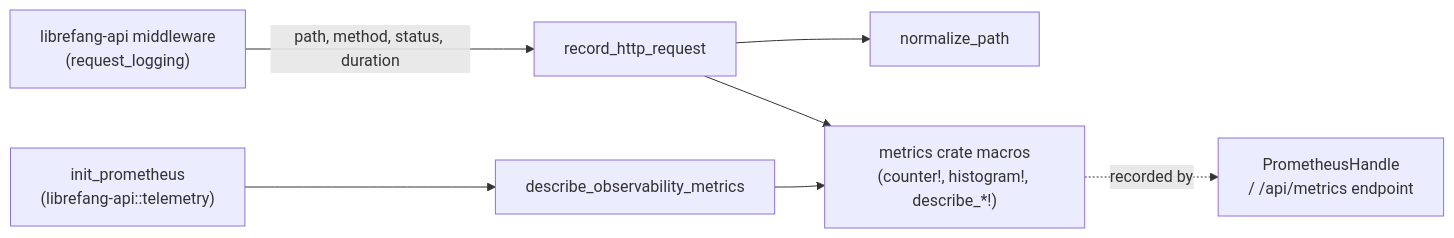
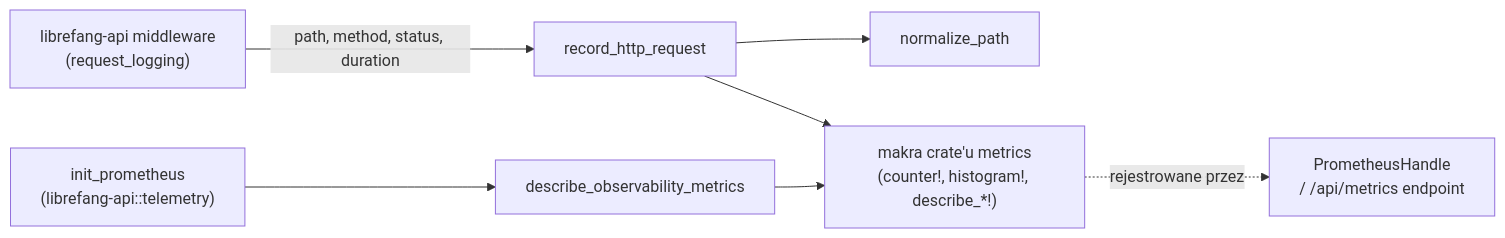
The diagram in crates-librefang-telemetry.md (leszek3737/librefang-WIki), drawn with Mermaid before and after one commit. The commit also changed other lines of this file and 104 other files, not shown here.

````diff
--- a/crates-librefang-telemetry.md
+++ b/crates-librefang-telemetry.md
@@ -19,17 +19,17 @@
 ```mermaid
 flowchart LR
     MW["librefang-api middleware<br/>(request_logging)"]
     REC["record_http_request"]
     NORM["normalize_path"]
     INIT["init_prometheus<br/>(librefang-api::telemetry)"]
     DESC["describe_observability_metrics"]
-    METRICS["metrics crate macros<br/>(counter!, histogram!, describe_*!)"]
+    METRICS["makra crate'u metrics<br/>(counter!, histogram!, describe_*!)"]
     PROM["PrometheusHandle<br/>/ /api/metrics endpoint"]
 
     MW -->|"path, method, status, duration"| REC
     REC --> NORM
     REC --> METRICS
     INIT --> DESC
     DESC --> METRICS
-    METRICS -.->|"recorded by"| PROM
+    METRICS -.->|"rejestrowane przez"| PROM
 ```
````
